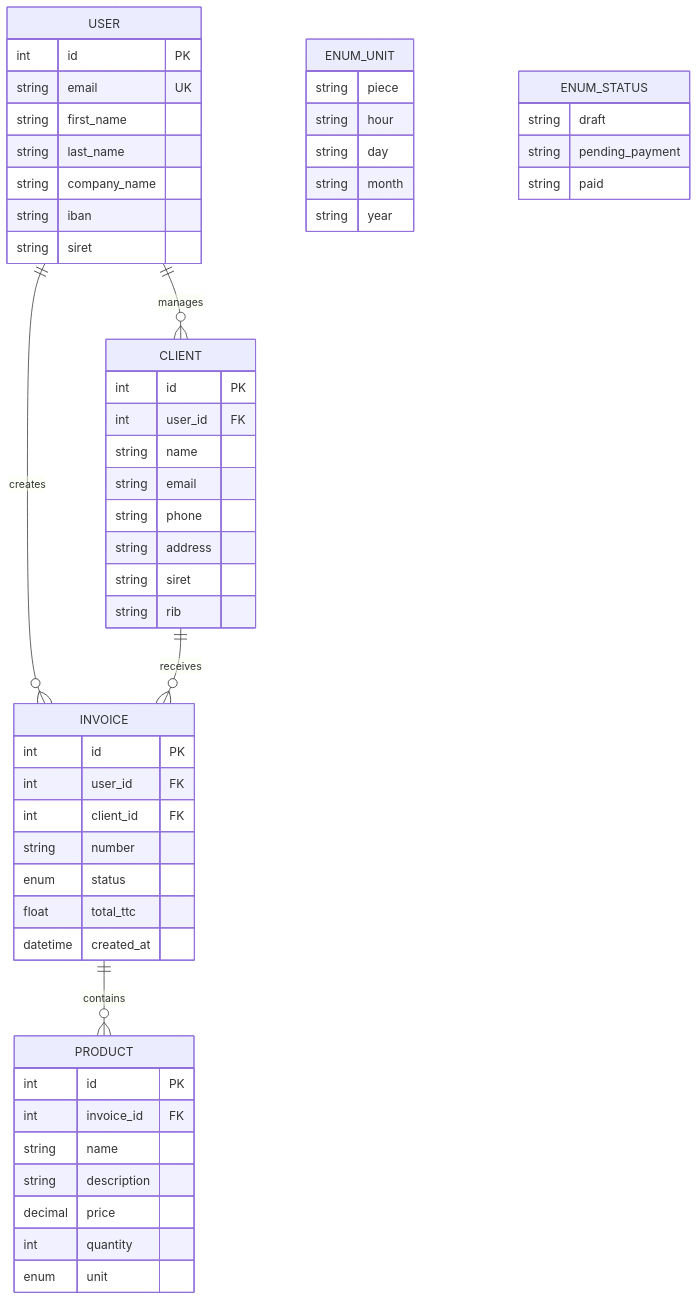
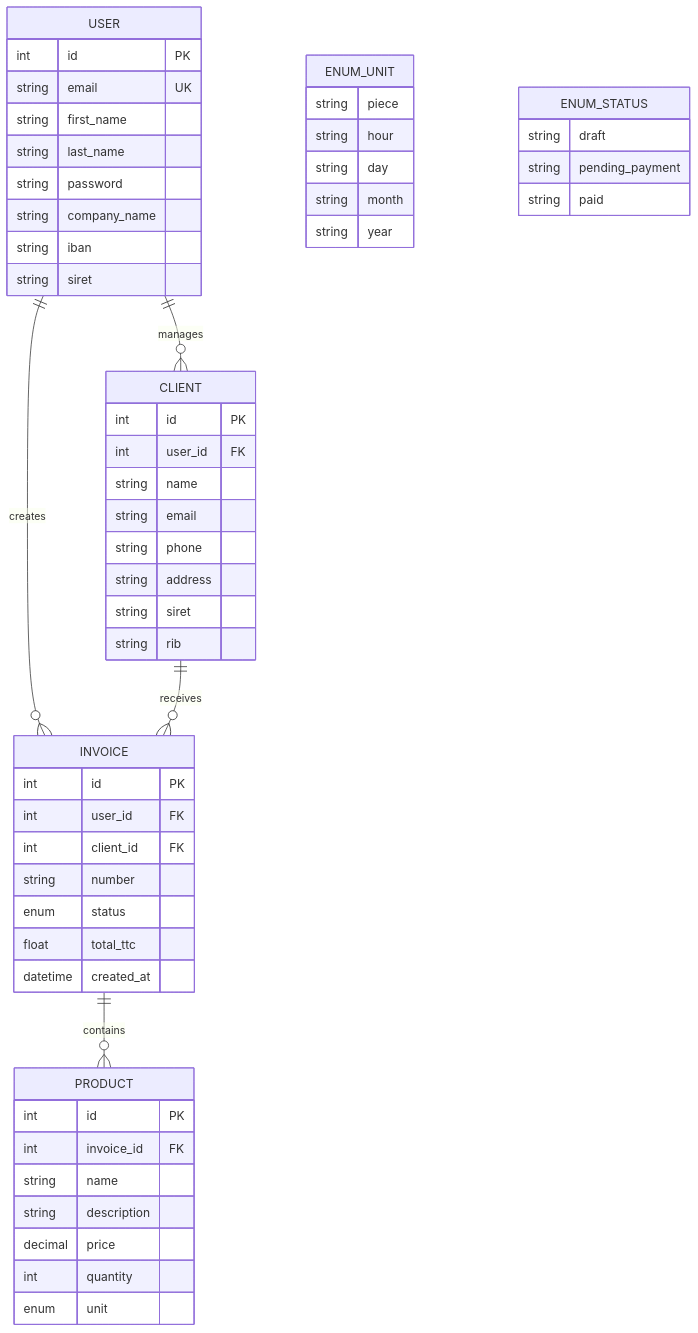
One commit to CHAOUCHI/cdpi-dwwm changed the diagram in Phase 3 - Symfony Docker et Test/Symfony/Projets/2. SaaSFacturation/Cahier des charges.md. Above: the diagram before and after it, drawn with Mermaid.

Commit message:
add password field

````diff
--- a/Phase 3 - Symfony Docker et Test/Symfony/Projets/2. SaaSFacturation/Cahier des charges.md
+++ b/Phase 3 - Symfony Docker et Test/Symfony/Projets/2. SaaSFacturation/Cahier des charges.md
@@ -139,58 +139,59 @@
 ```mermaid
 erDiagram
 USER ||--o{ INVOICE : creates
 USER ||--o{ CLIENT : manages
 CLIENT ||--o{ INVOICE : receives
 INVOICE ||--o{ PRODUCT : contains
 INVOICE {
     int id PK
     int user_id FK
     int client_id FK
     string number
     enum status
     float total_ttc
     datetime created_at
 }
 USER {
     int id PK
     string email UK
     string first_name
     string last_name
+    string password
     string company_name
     string iban
     string siret
 }
 CLIENT {
     int id PK
     int user_id FK
     string name
     string email
     string phone
     string address
     string siret
     string rib
 }
 PRODUCT {
     int id PK
     int invoice_id FK
     string name
     string description
     decimal price
     int quantity
     enum unit 
 }
 
 ENUM_UNIT {
     string piece
     string hour
     string day
     string month
     string year
 }
 
 ENUM_STATUS {
     string draft
     string pending_payment
     string paid
 }
 ```
````
